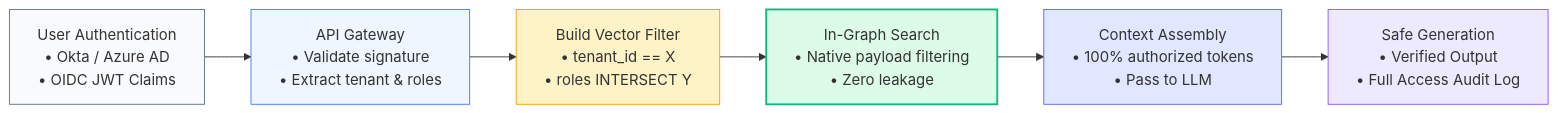
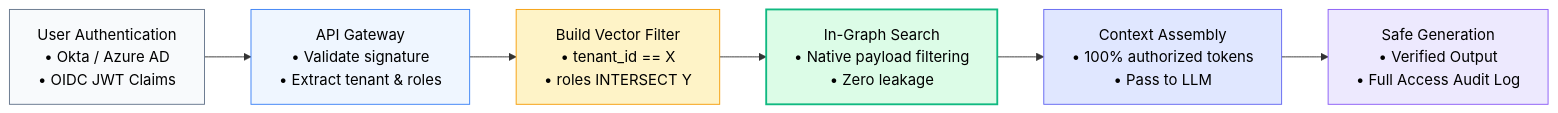
The third of 3 diagrams in 09-RAG-Deployment-and-Production/Access-Control.md (swapnil3104/RAG-Engineering), drawn with Mermaid before and after one commit. The commit also changed other lines of this file and 108 other files, not shown here.

Commit message:
fix: make chart text visible across all Mermaid diagrams and resolve markdown table formatting issues

````diff
--- a/09-RAG-Deployment-and-Production/Access-Control.md
+++ b/09-RAG-Deployment-and-Production/Access-Control.md
@@ -468,15 +468,15 @@
 ```mermaid
 flowchart LR
     A["User Authentication<br/>• Okta / Azure AD<br/>• OIDC JWT Claims"] --> B["API Gateway<br/>• Validate signature<br/>• Extract tenant & roles"]
     B --> C["Build Vector Filter<br/>• tenant_id == X<br/>• roles INTERSECT Y"]
     C --> D["In-Graph Search<br/>• Native payload filtering<br/>• Zero leakage"]
     D --> E["Context Assembly<br/>• 100% authorized tokens<br/>• Pass to LLM"]
     E --> F["Safe Generation<br/>• Verified Output<br/>• Full Access Audit Log"]
 
-    style A fill:#f8fafc,stroke:#64748b
-    style B fill:#eff6ff,stroke:#3b82f6
-    style C fill:#fef3c7,stroke:#f59e0b
-    style D fill:#dcfce7,stroke:#10b981,stroke-width:2px
-    style E fill:#e0e7ff,stroke:#6366f1
-    style F fill:#ede9fe,stroke:#8b5cf6
+    style A fill:#f8fafc,stroke:#64748b,color:#000000
+    style B fill:#eff6ff,stroke:#3b82f6,color:#000000
+    style C fill:#fef3c7,stroke:#f59e0b,color:#000000
+    style D fill:#dcfce7,stroke:#10b981,stroke-width:2px,color:#000000
+    style E fill:#e0e7ff,stroke:#6366f1,color:#000000
+    style F fill:#ede9fe,stroke:#8b5cf6,color:#000000
 ```
````
